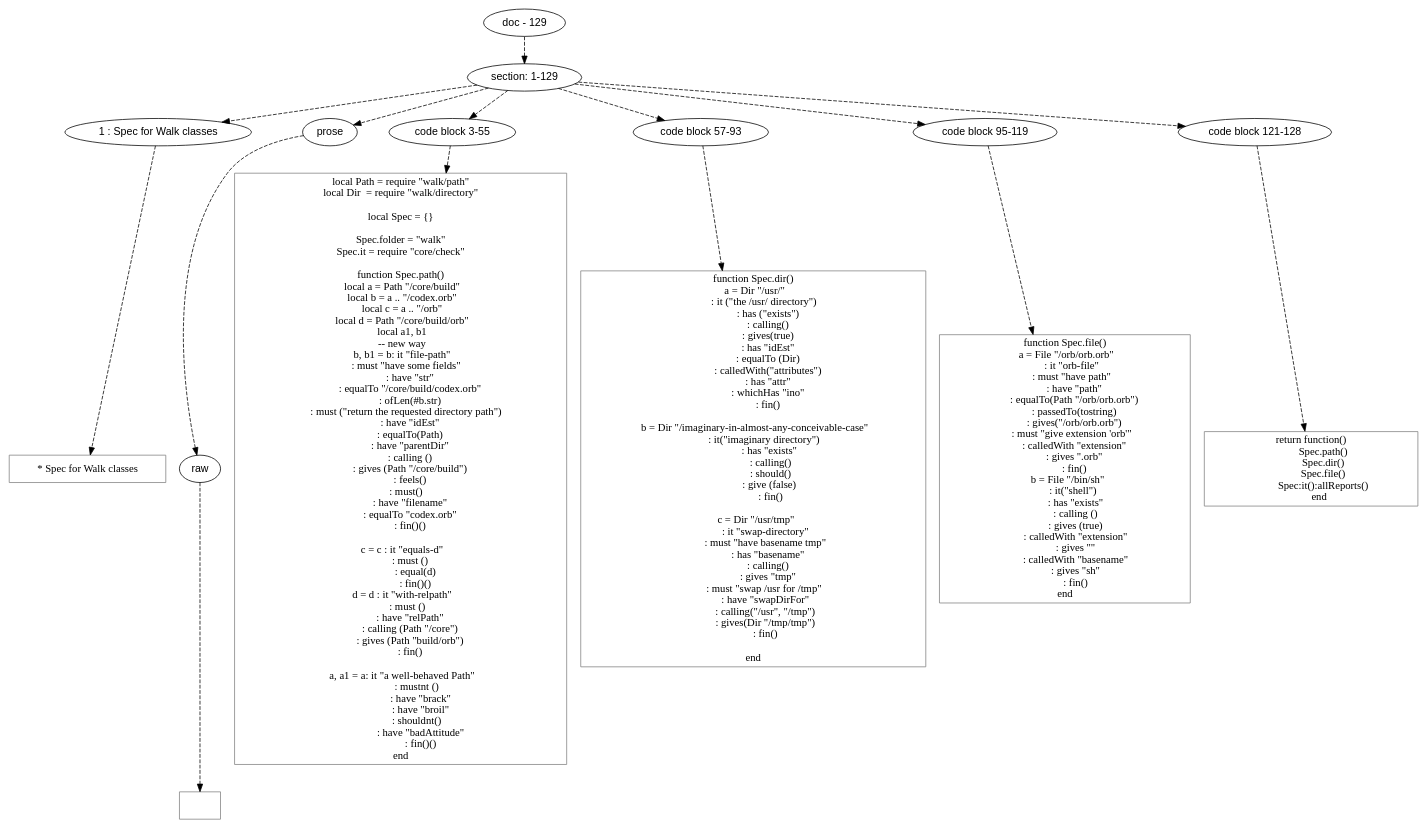
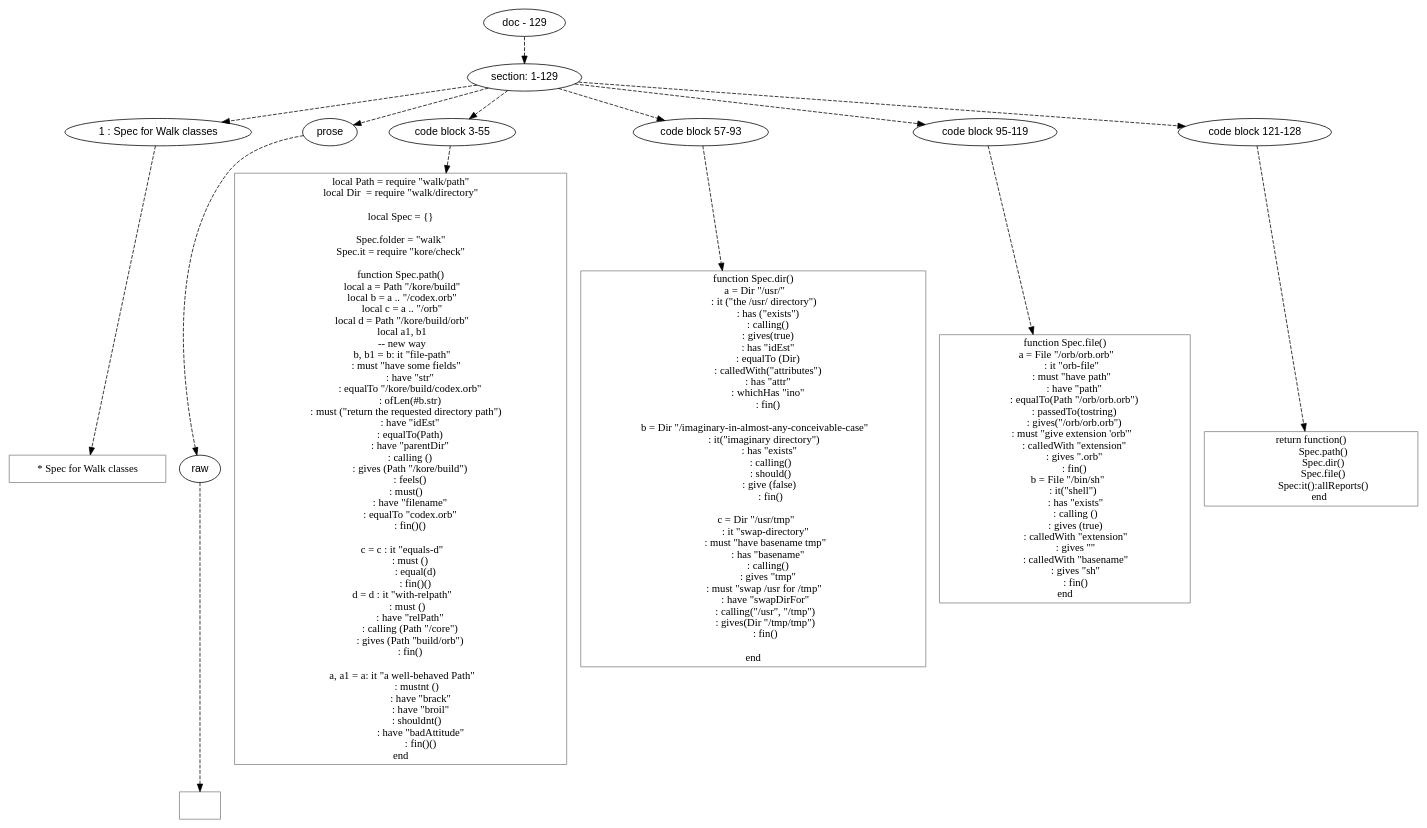
The diagram in doc/dot/spec/walk-spec.dot (mnemnion/orb), drawn with Graphviz before and after one commit. The commit also changed 49 other files, not shown here.

```diff
--- a/doc/dot/spec/walk-spec.dot
+++ b/doc/dot/spec/walk-spec.dot
@@ -1,180 +1,180 @@
 digraph lpegNode {
 
 node [fontname=Helvetica]
 edge [style=dashed]
 
 doc_0 [label="doc - 129"]
 
 
 doc_0 -> { section_1}
 {rank=same; section_1}
 
 section_1 [label="section: 1-129"]
 
 
 // END RANK doc_0
 
 section_1 -> { header_2 prose_3 codeblock_4 codeblock_5 codeblock_6 codeblock_7}
 {rank=same; header_2 prose_3 codeblock_4 codeblock_5 codeblock_6 codeblock_7}
 
 header_2 [label="1 : Spec for Walk classes"]
 
 prose_3 [label="prose"]
 
 codeblock_4 [label="code block 3-55"]
 
 codeblock_5 [label="code block 57-93"]
 
 codeblock_6 [label="code block 95-119"]
 
 codeblock_7 [label="code block 121-128"]
 
 
 // END RANK section_1
 
 header_2 -> leaf_8
 leaf_8  [color=Gray,shape=rectangle,fontname=Inconsolata,label="* Spec for Walk classes"]
 // END RANK header_2
 
 prose_3 -> { raw_9}
 {rank=same; raw_9}
 
 raw_9 [label="raw"]
 
 
 // END RANK prose_3
 
 raw_9 -> leaf_10
 leaf_10  [color=Gray,shape=rectangle,fontname=Inconsolata,label="
 "]
 // END RANK raw_9
 
 codeblock_4 -> leaf_11
 leaf_11  [color=Gray,shape=rectangle,fontname=Inconsolata,label="local Path = require \"walk/path\"
 local Dir  = require \"walk/directory\"
 
 local Spec = {}
 
 Spec.folder = \"walk\"
-Spec.it = require \"core/check\"
+Spec.it = require \"kore/check\"
 
 function Spec.path()
-  local a = Path \"/core/build\"
+  local a = Path \"/kore/build\"
   local b = a .. \"/codex.orb\"
   local c = a .. \"/orb\"
-  local d = Path \"/core/build/orb\"
+  local d = Path \"/kore/build/orb\"
   local a1, b1
   -- new way
   b, b1 = b: it \"file-path\"
      : must \"have some fields\"
         : have \"str\"
-        : equalTo \"/core/build/codex.orb\"
+        : equalTo \"/kore/build/codex.orb\"
         : ofLen(#b.str)
      : must (\"return the requested directory path\")
         : have \"idEst\"
         : equalTo(Path)
         : have \"parentDir\"
         : calling ()
-        : gives (Path \"/core/build\")
+        : gives (Path \"/kore/build\")
         : feels()
      : must()
         : have \"filename\"
         : equalTo \"codex.orb\"
         : fin()()
 
   c = c : it \"equals-d\"
         : must ()
             : equal(d)
             : fin()()
   d = d : it \"with-relpath\"
       : must ()
         : have \"relPath\"
         : calling (Path \"/core\")
         : gives (Path \"build/orb\")
         : fin()
 
   a, a1 = a: it \"a well-behaved Path\"
              : mustnt ()
                 : have \"brack\"
                 : have \"broil\"
              : shouldnt()
                 : have \"badAttitude\"
                 : fin()()
 end"]
 // END RANK codeblock_4
 
 codeblock_5 -> leaf_12
 leaf_12  [color=Gray,shape=rectangle,fontname=Inconsolata,label="function Spec.dir()
   a = Dir \"/usr/\"
          : it (\"the /usr/ directory\")
             : has (\"exists\")
             : calling()
             : gives(true)
             : has \"idEst\"
             : equalTo (Dir)
             : calledWith(\"attributes\")
             : has \"attr\"
             : whichHas \"ino\"
             : fin()
 
   b = Dir \"/imaginary-in-almost-any-conceivable-case\"
          : it(\"imaginary directory\")
              : has \"exists\"
               : calling()
               : should()
              : give (false)
               : fin()
 
    c = Dir \"/usr/tmp\"
           : it \"swap-directory\"
           : must \"have basename tmp\"
             : has \"basename\"
             : calling()
             : gives \"tmp\"
          : must \"swap /usr for /tmp\"
           : have \"swapDirFor\"
           : calling(\"/usr\", \"/tmp\")
           : gives(Dir \"/tmp/tmp\")
           : fin()
 
 end
 "]
 // END RANK codeblock_5
 
 codeblock_6 -> leaf_13
 leaf_13  [color=Gray,shape=rectangle,fontname=Inconsolata,label="function Spec.file()
   a = File \"/orb/orb.orb\"
       : it \"orb-file\"
       : must \"have path\"
         : have \"path\"
         : equalTo(Path \"/orb/orb.orb\")
         : passedTo(tostring)
         : gives(\"/orb/orb.orb\")
       : must \"give extension 'orb'\"
         : calledWith \"extension\"
         : gives \".orb\"
         : fin()
    b = File \"/bin/sh\"
        : it(\"shell\")
          : has \"exists\"
          : calling ()
          : gives (true)
          : calledWith \"extension\"
          : gives \"\"
          : calledWith \"basename\"
          : gives \"sh\"
          : fin()
 end"]
 // END RANK codeblock_6
 
 codeblock_7 -> leaf_14
 leaf_14  [color=Gray,shape=rectangle,fontname=Inconsolata,label="return function()
           Spec.path()
           Spec.dir()
           Spec.file()
           Spec:it():allReports()
        end"]
 // END RANK codeblock_7
 
 
 }
```
